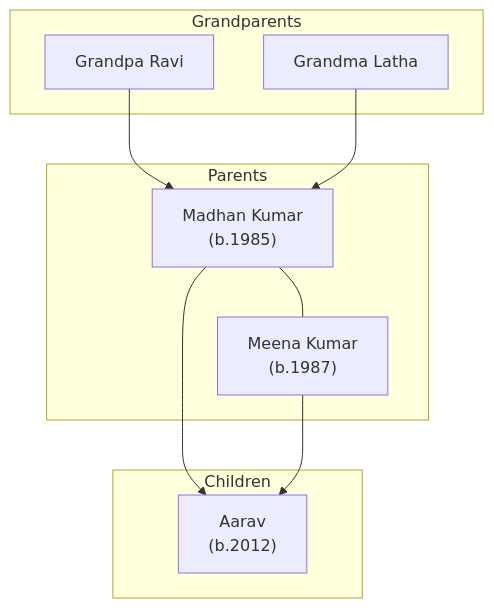
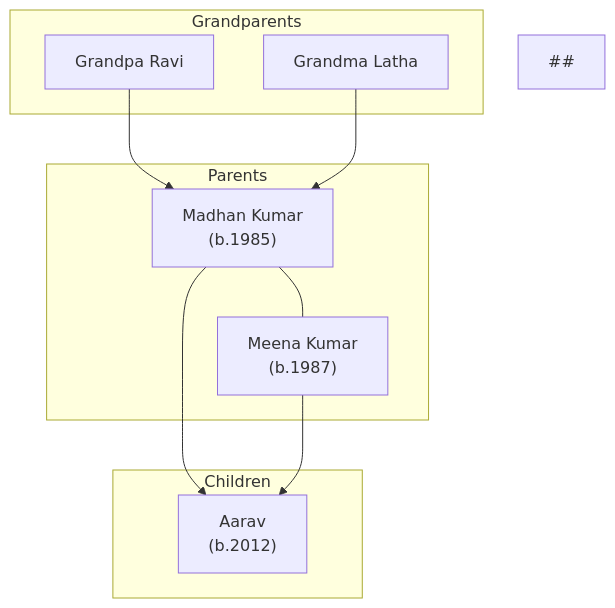
Before and after one commit to madhankumar866/family-tree-genealogy-system: the diagram in docs/family.mmd, drawn with Mermaid.

```diff
--- a/docs/family.mmd
+++ b/docs/family.mmd
@@ -1,20 +1,21 @@
 flowchart TB
   subgraph G0["Grandparents"]
     GP1["Grandpa Ravi"]
     GP2["Grandma Latha"]
   end
 
   subgraph G1["Parents"]
     P1["Madhan Kumar\n(b.1985)"]
     P2["Meena Kumar\n(b.1987)"]
   end
 
   subgraph G2["Children"]
     C1["Aarav\n(b.2012)"]
   end
 
   GP1 --> P1
   GP2 --> P1
   P1 --> C1
   P2 --> C1
   P1 --- P2
+##
```
